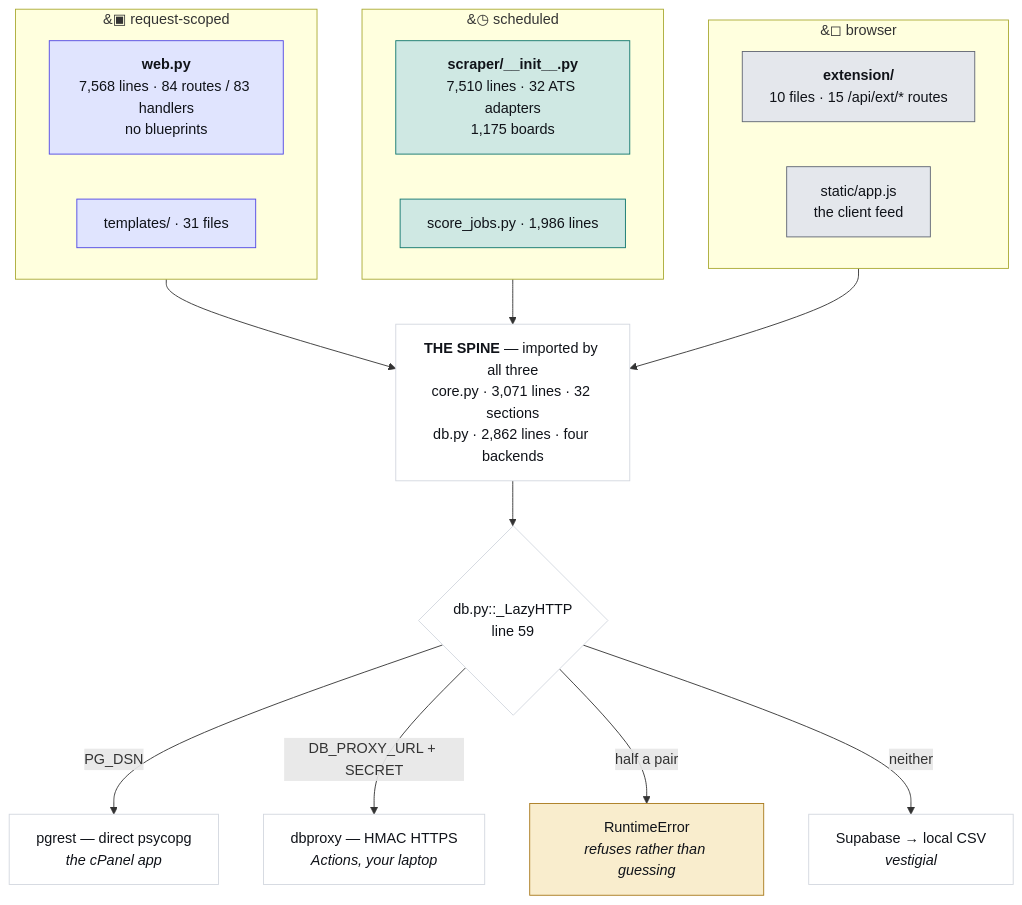
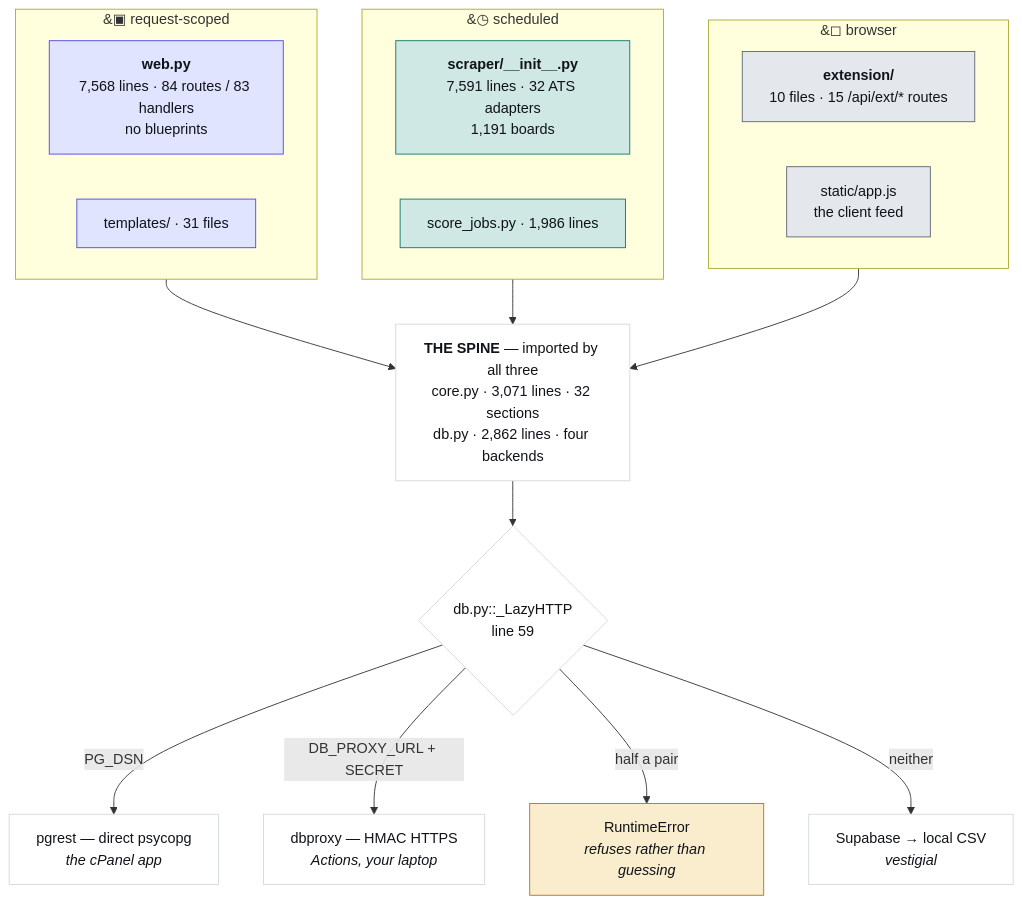
One commit to hadakunal909-debug/job-search-tool changed the first of 4 diagrams in JobMatch Scraper/docs/ARCHITECTURE.md. Above: the diagram before and after it, drawn with Mermaid. The commit also changed other lines of this file and 5 other files, not shown here.

First line of the commit message:
docs: regenerate the index, map and architecture for this round

````diff
--- a/JobMatch Scraper/docs/ARCHITECTURE.md
+++ b/JobMatch Scraper/docs/ARCHITECTURE.md
@@ -45,34 +45,34 @@
 ```mermaid
 flowchart TB
   subgraph REQ["&#9635; request-scoped"]
     W["<b>web.py</b><br/>7,568 lines · 84 routes / 83 handlers<br/>no blueprints"]
     T["templates/ · 31 files"]
   end
   subgraph SCH["&#9719; scheduled"]
-    S["<b>scraper/__init__.py</b><br/>7,510 lines · 32 ATS adapters<br/>1,175 boards"]
+    S["<b>scraper/__init__.py</b><br/>7,591 lines · 32 ATS adapters<br/>1,191 boards"]
     J["score_jobs.py · 1,986 lines"]
   end
   subgraph CLI["&#9723; browser"]
     E["<b>extension/</b><br/>10 files · 15 /api/ext/* routes"]
     A["static/app.js<br/>the client feed"]
   end
   SPINE["<b>THE SPINE</b> — imported by all three<br/>core.py · 3,071 lines · 32 sections<br/>db.py · 2,862 lines · four backends"]
   REQ --> SPINE
   SCH --> SPINE
   CLI --> SPINE
   SPINE --> D{"db.py::_LazyHTTP<br/>line 59"}
   D -->|"PG_DSN"| P["pgrest — direct psycopg<br/><i>the cPanel app</i>"]
   D -->|"DB_PROXY_URL + SECRET"| X["dbproxy — HMAC HTTPS<br/><i>Actions, your laptop</i>"]
   D -->|"half a pair"| R["RuntimeError<br/><i>refuses rather than guessing</i>"]
   D -->|"neither"| V["Supabase → local CSV<br/><i>vestigial</i>"]
   classDef web fill:#e0e4fe,stroke:#4f46e5,color:#101319
   classDef sched fill:#cfe8e3,stroke:#0f766e,color:#101319
   classDef client fill:#e4e7ec,stroke:#5f6573,color:#101319
   classDef trap fill:#f9edcd,stroke:#a8781a,color:#101319
   classDef plain fill:#ffffff,stroke:#d3d7df,color:#101319
   class W,T web
   class S,J sched
   class E,A client
   class R trap
   class SPINE,D,P,X,V plain
 ```
````
